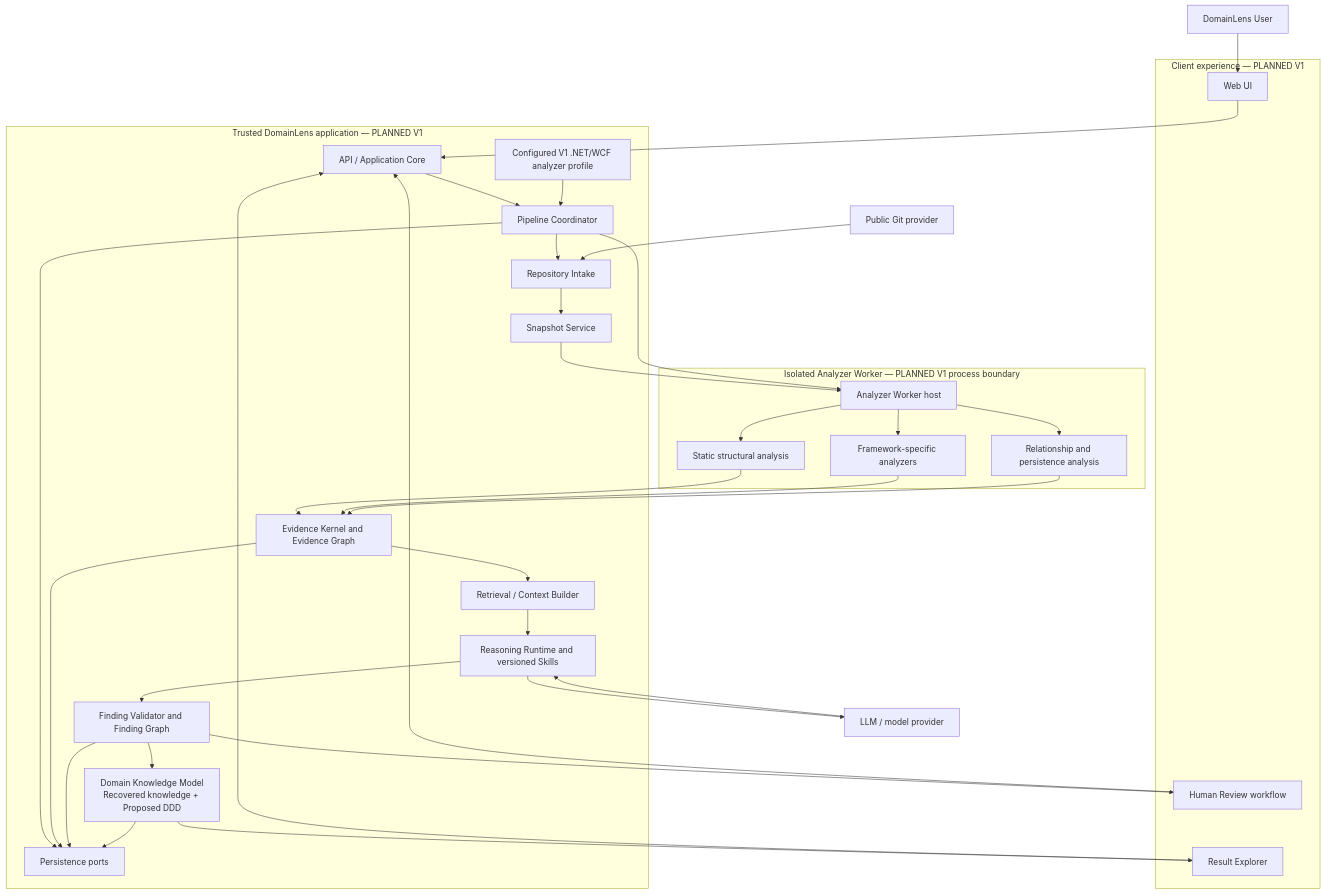
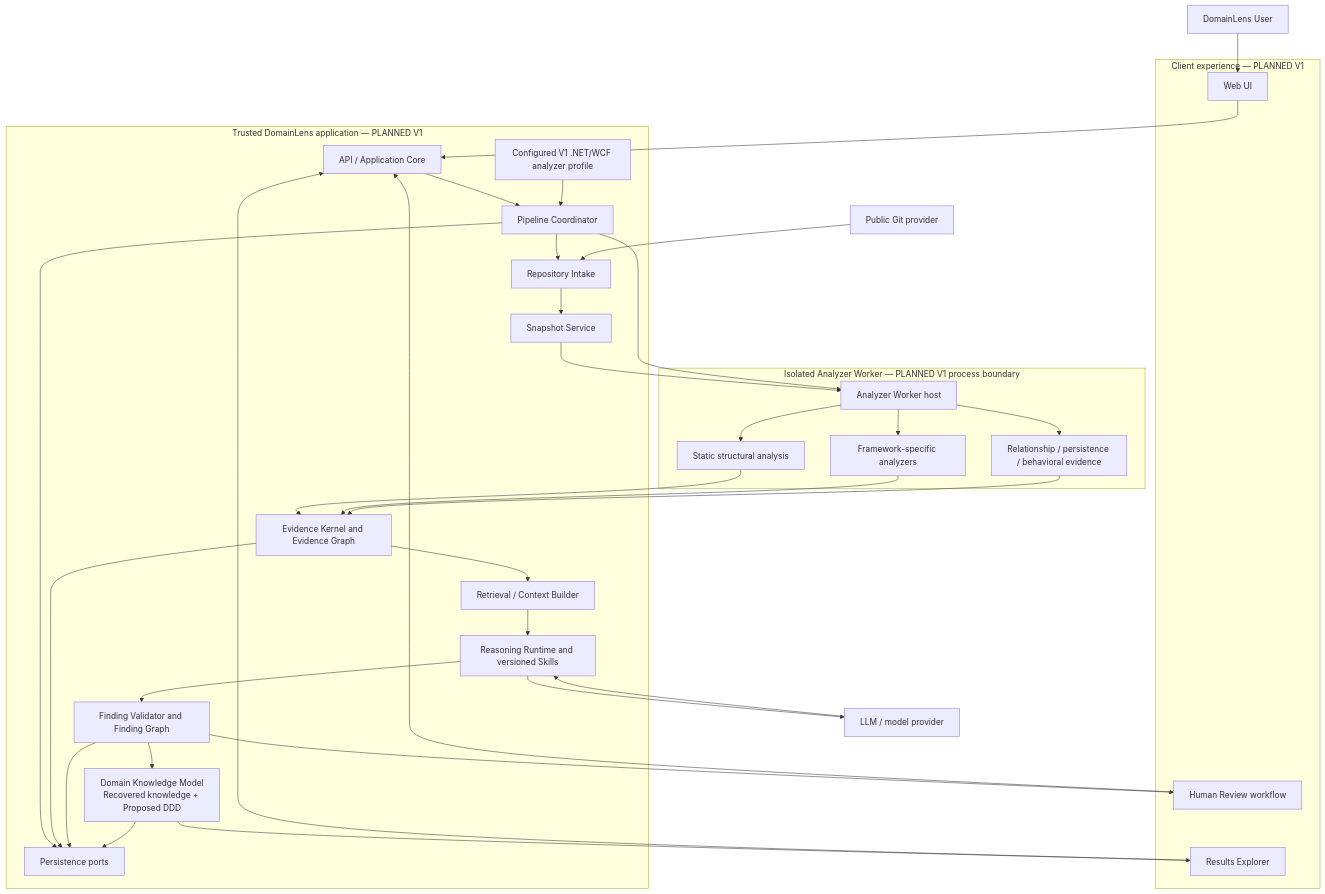
The diagram in docs/architecture/02-logical-architecture.md (ksharik/domainLens), drawn with Mermaid before and after one commit. The commit also changed other lines of this file and 21 other files, not shown here.

````diff
--- a/docs/architecture/02-logical-architecture.md
+++ b/docs/architecture/02-logical-architecture.md
@@ -38,63 +38,63 @@
 ```mermaid
 flowchart TB
     user["DomainLens User"]
     git["Public Git provider"]
     model["LLM / model provider"]
 
     subgraph clients["Client experience — PLANNED V1"]
         web["Web UI"]
-        explorer["Result Explorer"]
+        explorer["Results Explorer"]
         review["Human Review workflow"]
     end
 
     subgraph trusted["Trusted DomainLens application — PLANNED V1"]
         api["API / Application Core"]
         coordinator["Pipeline Coordinator"]
         intake["Repository Intake"]
         snapshot["Snapshot Service"]
         analyzerConfig["Configured V1 .NET/WCF analyzer profile"]
         evidenceKernel["Evidence Kernel and Evidence Graph"]
         context["Retrieval / Context Builder"]
         reasoning["Reasoning Runtime and versioned Skills"]
         findingValidator["Finding Validator and Finding Graph"]
         domainModel["Domain Knowledge Model<br/>Recovered knowledge + Proposed DDD"]
         persistence["Persistence ports"]
     end
 
     subgraph isolated["Isolated Analyzer Worker — PLANNED V1 process boundary"]
         worker["Analyzer Worker host"]
         structural["Static structural analysis"]
         framework["Framework-specific analyzers"]
-        relationships["Relationship and persistence analysis"]
+        relationships["Relationship / persistence / behavioral evidence"]
     end
 
     user --> web
     web --> api
     explorer --> api
     review --> api
     api --> coordinator
     coordinator --> intake
     git --> intake
     intake --> snapshot
     snapshot --> worker
     analyzerConfig --> coordinator
     coordinator --> worker
     worker --> structural
     worker --> framework
     worker --> relationships
     structural --> evidenceKernel
     framework --> evidenceKernel
     relationships --> evidenceKernel
     evidenceKernel --> context
     context --> reasoning
     reasoning --> model
     model --> reasoning
     reasoning --> findingValidator
     findingValidator --> review
     findingValidator --> domainModel
     domainModel --> explorer
     coordinator --> persistence
     evidenceKernel --> persistence
     findingValidator --> persistence
     domainModel --> persistence
 ```
````
